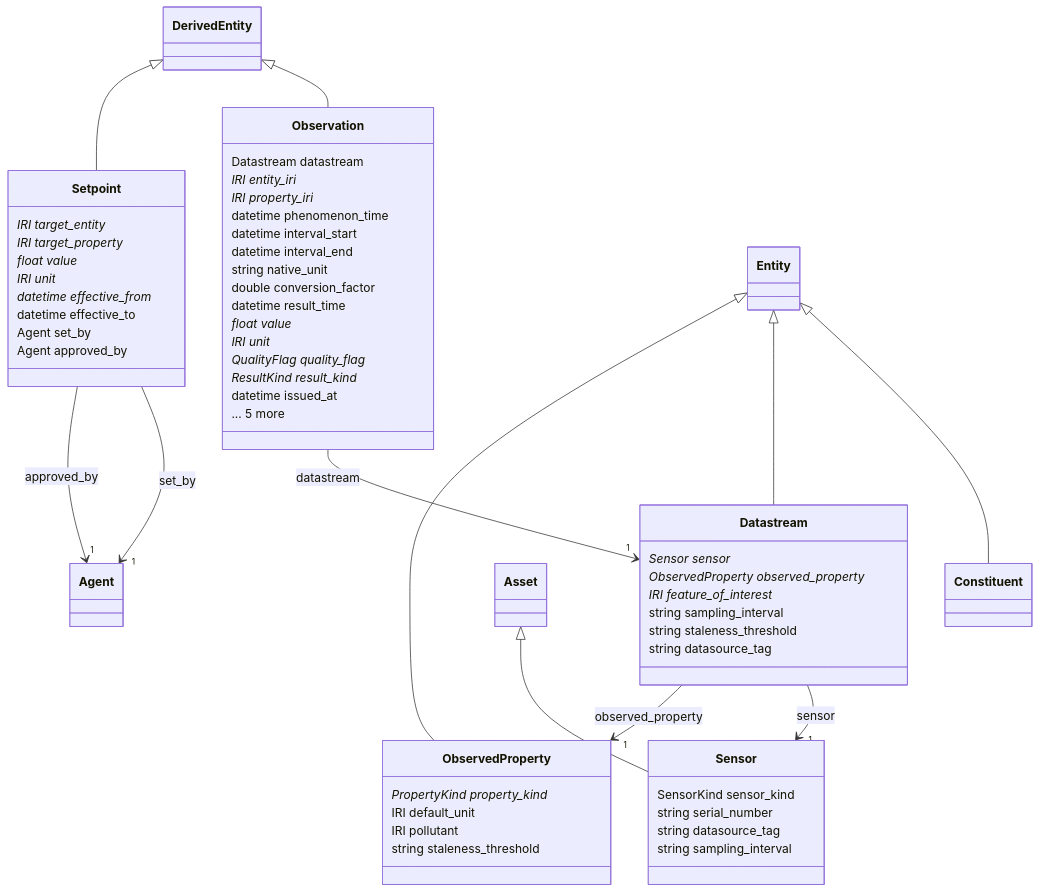
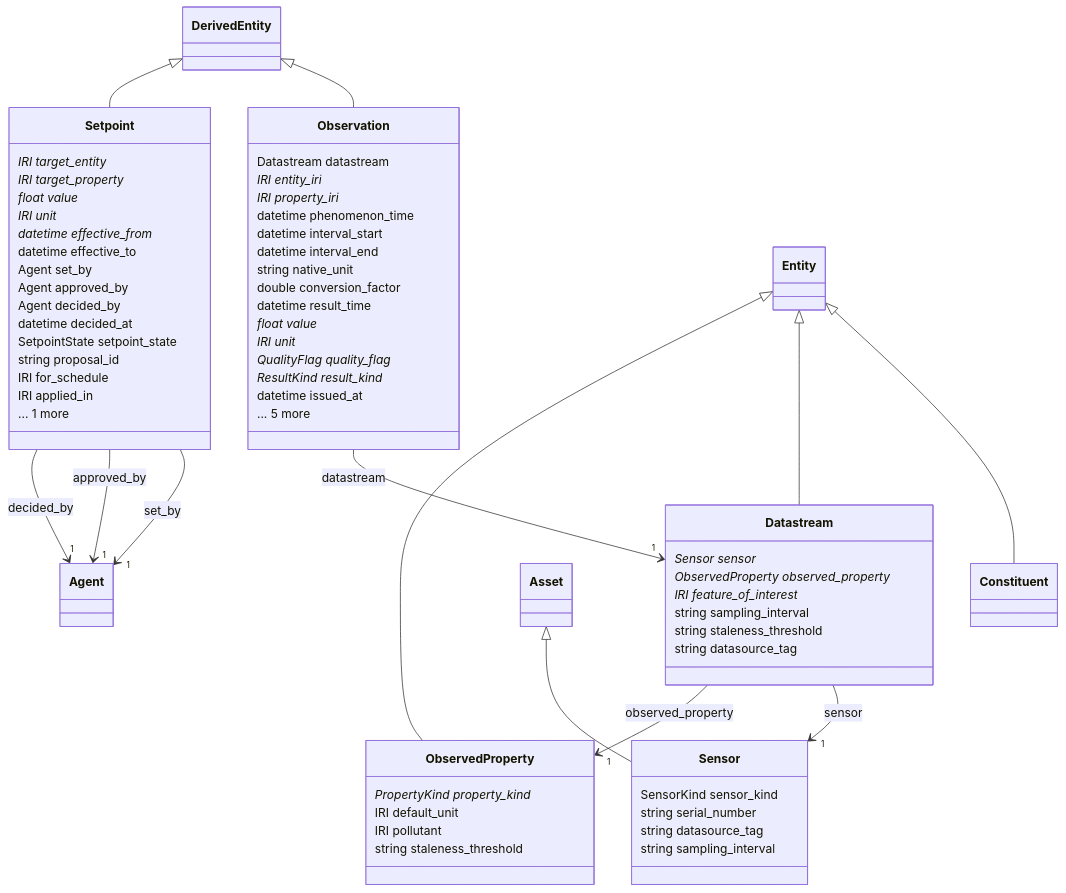
The diagram in docs/diagrams/observation.md (HydroCouple/water-ontology), drawn with Mermaid before and after one commit. The commit also changed 53 other files, not shown here.

````diff
--- a/docs/diagrams/observation.md
+++ b/docs/diagrams/observation.md
@@ -5,63 +5,71 @@
 ```mermaid
 classDiagram
   class Constituent {
   }
   class Datastream {
     Sensor sensor*
     ObservedProperty observed_property*
     IRI feature_of_interest*
     string sampling_interval
     string staleness_threshold
     string datasource_tag
   }
   class Observation {
     Datastream datastream
     IRI entity_iri*
     IRI property_iri*
     datetime phenomenon_time
     datetime interval_start
     datetime interval_end
     string native_unit
     double conversion_factor
     datetime result_time
     float value*
     IRI unit*
     QualityFlag quality_flag*
     ResultKind result_kind*
     datetime issued_at
     ... 5 more
   }
   class ObservedProperty {
     PropertyKind property_kind*
     IRI default_unit
     IRI pollutant
     string staleness_threshold
   }
   class Sensor {
     SensorKind sensor_kind
     string serial_number
     string datasource_tag
     string sampling_interval
   }
   class Setpoint {
     IRI target_entity*
     IRI target_property*
     float value*
     IRI unit*
     datetime effective_from*
     datetime effective_to
     Agent set_by
     Agent approved_by
+    Agent decided_by
+    datetime decided_at
+    SetpointState setpoint_state
+    string proposal_id
+    IRI for_schedule
+    IRI applied_in
+    ... 1 more
   }
   Entity <|-- Constituent
   Entity <|-- Datastream
   Datastream --> "1" Sensor : sensor
   Datastream --> "1" ObservedProperty : observed_property
   DerivedEntity <|-- Observation
   Observation --> "1" Datastream : datastream
   Entity <|-- ObservedProperty
   Asset <|-- Sensor
   DerivedEntity <|-- Setpoint
   Setpoint --> "1" Agent : set_by
   Setpoint --> "1" Agent : approved_by
+  Setpoint --> "1" Agent : decided_by
 ```
````
